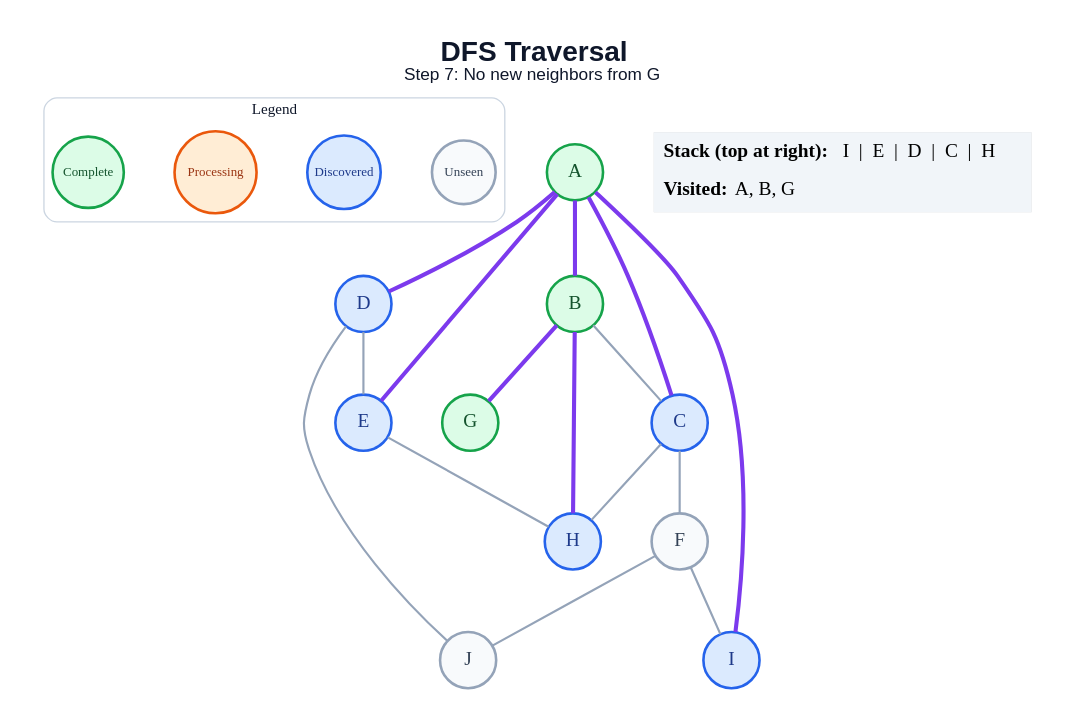
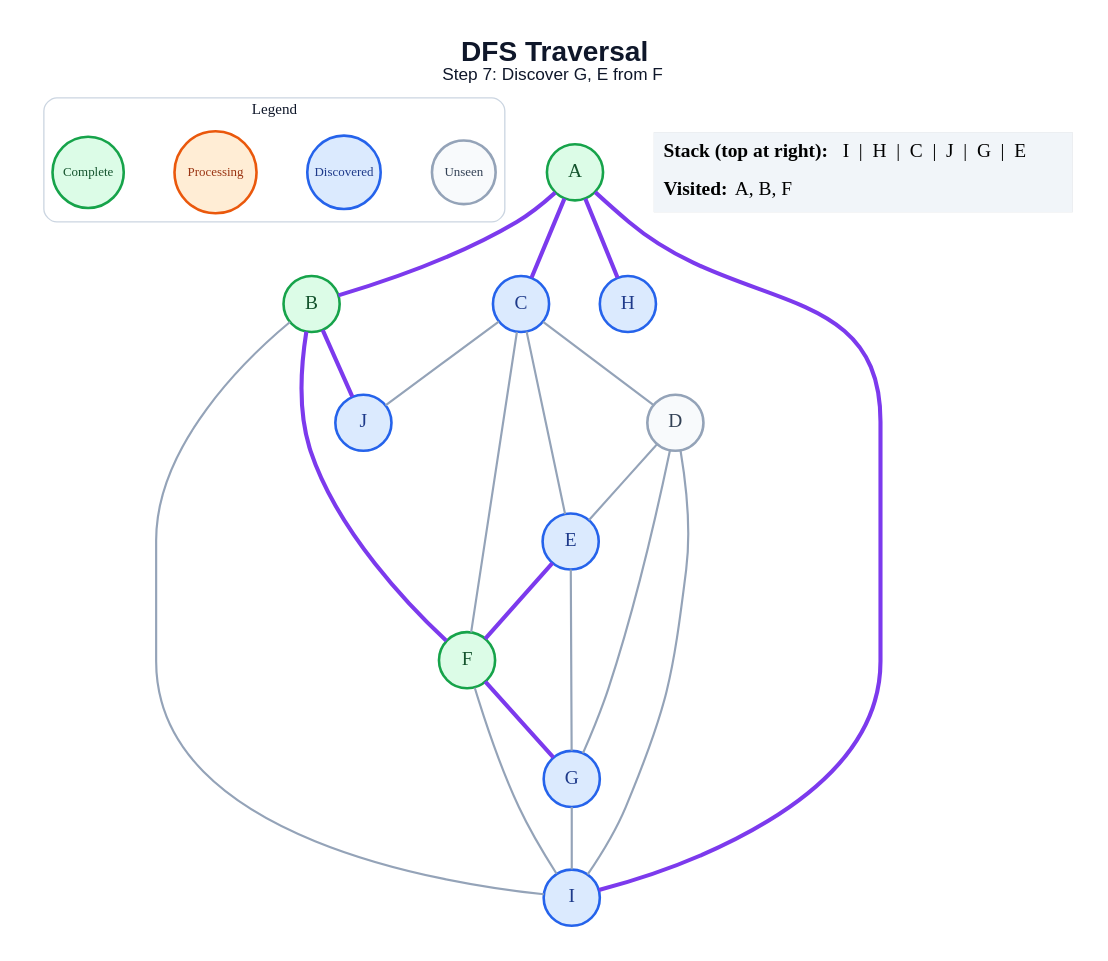
Before and after one commit to anon7238593-create/ai-slop: the diagram in generated/dfs/step_07.dot, drawn with Graphviz. The commit also changed 84 other files, not shown here.

```diff
--- a/generated/dfs/step_07.dot
+++ b/generated/dfs/step_07.dot
@@ -1,44 +1,48 @@
 graph traversal {
   graph [layout=dot, rankdir=TB, bgcolor="#FFFFFF", pad="0.35", nodesep="0.65", ranksep="0.8", fontname="Arial"];
   node [shape=circle, style="filled", fontname="Arial Bold", fontsize=18, width=0.72, fixedsize=true, penwidth=2.4];
   edge [color="#94A3B8", penwidth=2.0];
-  label=<<B>DFS Traversal</B><BR/><FONT POINT-SIZE="16">Step 7: No new neighbors from G</FONT>>; labelloc="t"; fontsize=26; fontname="Arial"; fontcolor="#0F172A";
+  label=<<B>DFS Traversal</B><BR/><FONT POINT-SIZE="16">Step 7: Discover G, E from F</FONT>>; labelloc="t"; fontsize=26; fontname="Arial"; fontcolor="#0F172A";
   subgraph cluster_legend { label="Legend"; color="#CBD5E1"; penwidth=1.2; style="rounded"; fontsize=14; fontname="Arial Bold";
     key_unseen [label="Unseen", fillcolor="#F8FAFC", color="#94A3B8", fontcolor="#334155", fontsize=12, width=0.82];
     key_frontier [label="Discovered", fillcolor="#DBEAFE", color="#2563EB", fontcolor="#1E3A8A", fontsize=12, width=0.95];
     key_current [label="Processing", fillcolor="#FFEDD5", color="#EA580C", fontcolor="#9A3412", fontsize=12, width=1.05];
     key_done [label="Complete", fillcolor="#DCFCE7", color="#16A34A", fontcolor="#14532D", fontsize=12, width=0.92];
     { rank=same; key_unseen; key_frontier; key_current; key_done; }
   }
   A [fillcolor="#DCFCE7", color="#16A34A", fontcolor="#14532D"];
   B [fillcolor="#DCFCE7", color="#16A34A", fontcolor="#14532D"];
   C [fillcolor="#DBEAFE", color="#2563EB", fontcolor="#1E3A8A"];
-  D [fillcolor="#DBEAFE", color="#2563EB", fontcolor="#1E3A8A"];
+  D [fillcolor="#F8FAFC", color="#94A3B8", fontcolor="#334155"];
   E [fillcolor="#DBEAFE", color="#2563EB", fontcolor="#1E3A8A"];
-  F [fillcolor="#F8FAFC", color="#94A3B8", fontcolor="#334155"];
-  G [fillcolor="#DCFCE7", color="#16A34A", fontcolor="#14532D"];
+  F [fillcolor="#DCFCE7", color="#16A34A", fontcolor="#14532D"];
+  G [fillcolor="#DBEAFE", color="#2563EB", fontcolor="#1E3A8A"];
   H [fillcolor="#DBEAFE", color="#2563EB", fontcolor="#1E3A8A"];
   I [fillcolor="#DBEAFE", color="#2563EB", fontcolor="#1E3A8A"];
-  J [fillcolor="#F8FAFC", color="#94A3B8", fontcolor="#334155"];
+  J [fillcolor="#DBEAFE", color="#2563EB", fontcolor="#1E3A8A"];
   A -- B [color="#7C3AED", penwidth=3.8];
   A -- C [color="#7C3AED", penwidth=3.8];
-  A -- D [color="#7C3AED", penwidth=3.8];
-  A -- E [color="#7C3AED", penwidth=3.8];
+  A -- H [color="#7C3AED", penwidth=3.8];
   A -- I [color="#7C3AED", penwidth=3.8];
-  B -- C;
-  B -- G [color="#7C3AED", penwidth=3.8];
-  B -- H [color="#7C3AED", penwidth=3.8];
+  B -- F [color="#7C3AED", penwidth=3.8];
+  B -- I;
+  B -- J [color="#7C3AED", penwidth=3.8];
+  C -- D;
+  C -- E;
   C -- F;
-  C -- H;
+  C -- J;
   D -- E;
-  D -- J;
-  E -- H;
+  D -- G;
+  D -- I;
+  E -- F [color="#7C3AED", penwidth=3.8];
+  E -- G;
+  F -- G [color="#7C3AED", penwidth=3.8];
   F -- I;
-  F -- J;
+  G -- I;
   status [shape=plain, fixedsize=false, width=0, height=0, margin=0, label=<
     <TABLE BORDER="0" CELLBORDER="0" CELLPADDING="7" BGCOLOR="#F1F5F9">
-      <TR><TD ALIGN="LEFT"><B>Stack (top at right):</B> I  |  E  |  D  |  C  |  H</TD></TR>
-      <TR><TD ALIGN="LEFT"><B>Visited:</B> A, B, G</TD></TR>
+      <TR><TD ALIGN="LEFT"><B>Stack (top at right):</B> I  |  H  |  C  |  J  |  G  |  E</TD></TR>
+      <TR><TD ALIGN="LEFT"><B>Visited:</B> A, B, F</TD></TR>
     </TABLE>
   >];
 }
```
